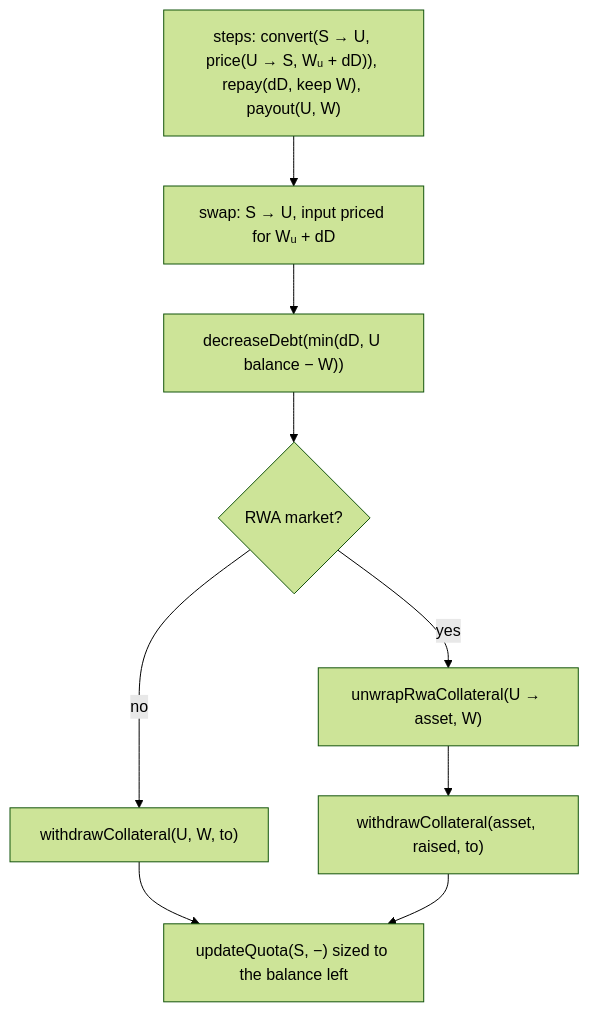
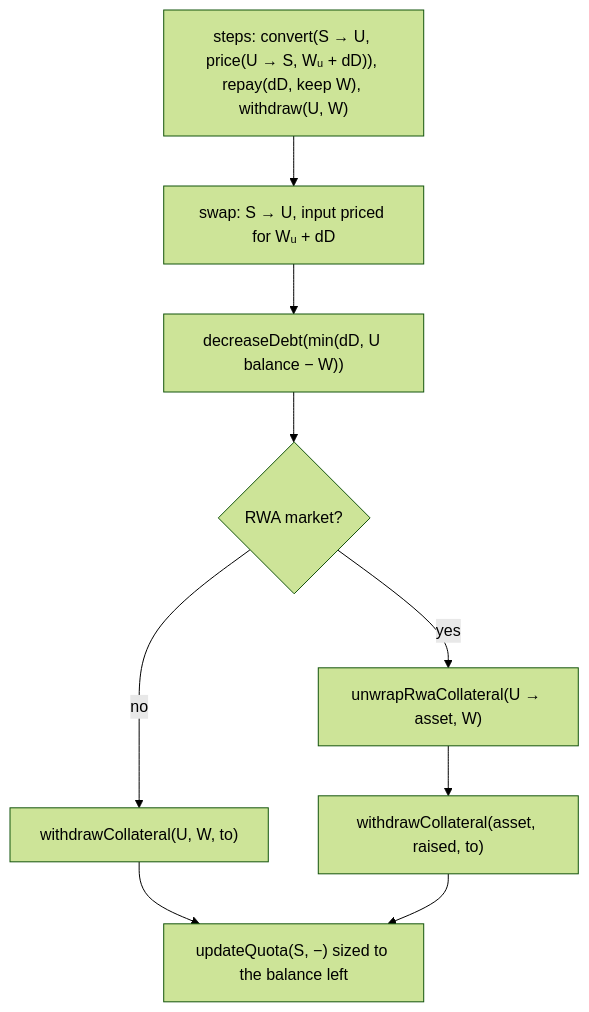
Before and after one commit to Gearbox-protocol/sdk: the third of 5 diagrams in docs/intents/withdraw.md, drawn with Mermaid (forest theme). The commit also changed other lines of this file and 53 other files, not shown here.

````diff
--- a/docs/intents/withdraw.md
+++ b/docs/intents/withdraw.md
@@ -83,11 +83,11 @@
 ```mermaid
 flowchart TD
-  s["steps: convert(S → U, price(U → S, Wᵤ + dD)), repay(dD, keep W), payout(U, W)"]
+  s["steps: convert(S → U, price(U → S, Wᵤ + dD)), repay(dD, keep W), withdraw(U, W)"]
   s --> c1["swap: S → U, input priced for Wᵤ + dD"]
   c1 --> c2["decreaseDebt(min(dD, U balance − W))"]
   c2 --> r{"RWA market?"}
   r -->|"no"| c3["withdrawCollateral(U, W, to)"]
   r -->|"yes"| c4["unwrapRwaCollateral(U → asset, W)"] --> c5["withdrawCollateral(asset, raised, to)"]
   c3 --> q["updateQuota(S, −) sized to the balance left"]
   c5 --> q
 ```
````
